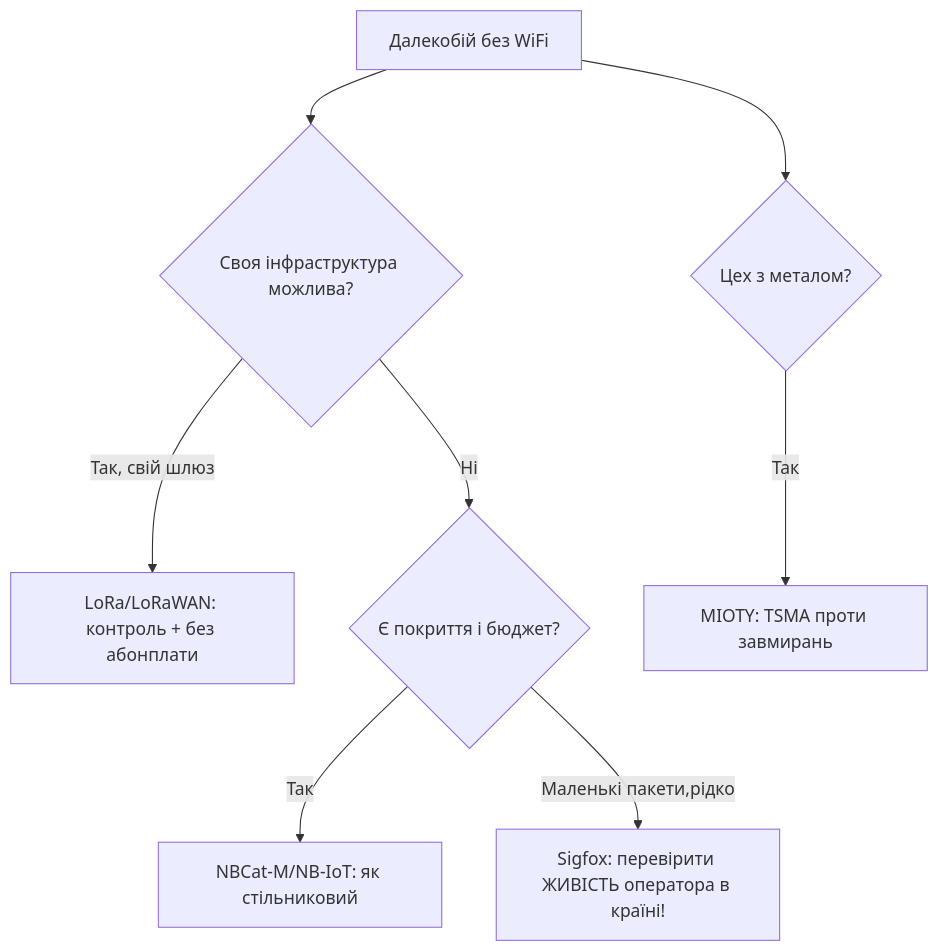
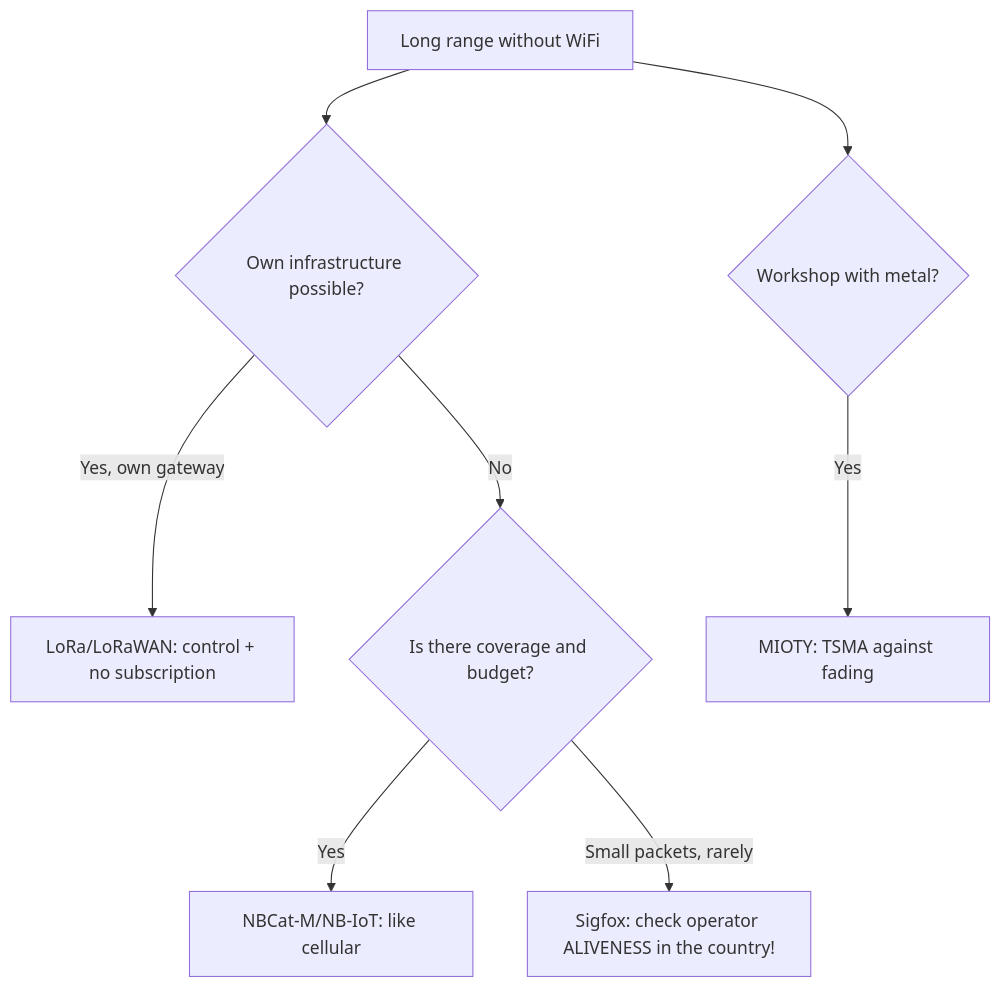
Before and after one commit to ksalab/embedded-reference: the diagram in obsidian_vault/ESP32-Reference/EN/12-Comm-Modules/27-LPWAN-Alt.en.md, drawn with Mermaid. The commit also changed other lines of this file and 76 other files, not shown here.

````diff
--- a/obsidian_vault/ESP32-Reference/EN/12-Comm-Modules/27-LPWAN-Alt.en.md
+++ b/obsidian_vault/ESP32-Reference/EN/12-Comm-Modules/27-LPWAN-Alt.en.md
@@ -36,10 +36,10 @@
 ```mermaid
 flowchart TB
-    Q[Далекобій без WiFi] --> OWN{Своя інфраструктура можлива?}
-    OWN -->|Так, свій шлюз| LORA[LoRa/LoRaWAN: контроль + без абонплати]
-    OWN -->|Ні| TEL{Є покриття і бюджет?}
-    TEL -->|Так| NB[NBCat-M/NB-IoT: як стільниковий]
-    TEL -->|Маленькі пакети,рідко| SIG[Sigfox: перевірити ЖИВІСТЬ оператора в країні!]
-    Q --> SHOP{Цех з металом?}
-    SHOP -->|Так| MIO[MIOTY: TSMA проти завмирань]
+    Q[Long range without WiFi] --> OWN{Own infrastructure possible?}
+    OWN -->|Yes, own gateway| LORA[LoRa/LoRaWAN: control + no subscription]
+    OWN -->|No| TEL{Is there coverage and budget?}
+    TEL -->|Yes| NB[NBCat-M/NB-IoT: like cellular]
+    TEL -->|Small packets, rarely| SIG[Sigfox: check operator ALIVENESS in the country!]
+    Q --> SHOP{Workshop with metal?}
+    SHOP -->|Yes| MIO[MIOTY: TSMA against fading]
 ```
````
